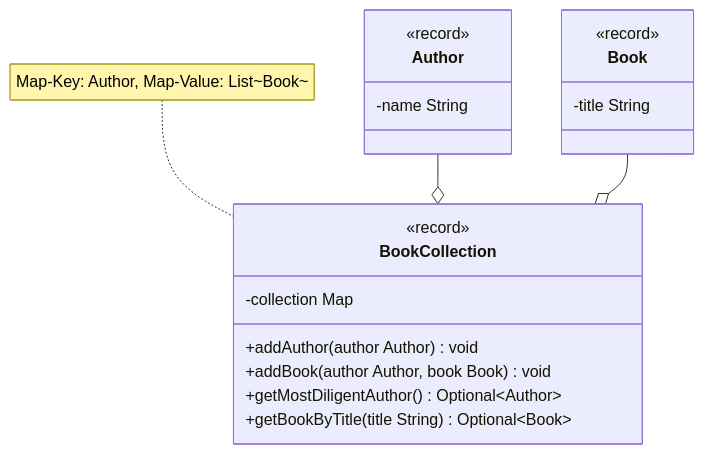
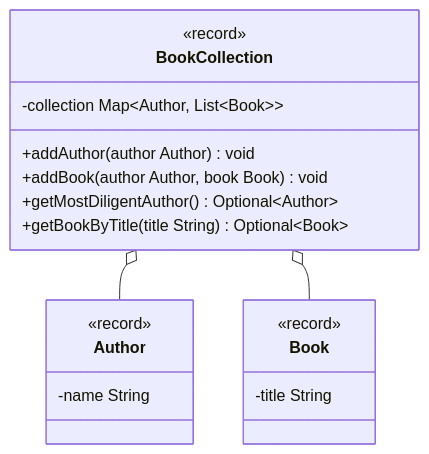
Before and after one commit to jappuccini/java-docs: the diagram in docs/exercises/optionals/optionals01.md, drawn with Mermaid.

````diff
--- a/docs/exercises/optionals/optionals01.md
+++ b/docs/exercises/optionals/optionals01.md
@@ -10,26 +10,24 @@
 ```mermaid
 classDiagram
-    Author --o BookCollection
-    Book --o BookCollection
-
-    note for BookCollection "Map-Key: Author, Map-Value: List~Book~"
+    BookCollection o-- Author
+    BookCollection o-- Book 
 
     class Author {
         <<record>>
         -name String
     }
 
     class Book {
         <<record>>
         -title String
     }
 
     class BookCollection {
         <<record>>
-        -collection Map
+        -collection Map~Author&#44&#160List~Book~~
         +addAuthor(author Author) void
         +addBook(author Author, book Book) void
         +getMostDiligentAuthor() Optional~Author~
         +getBookByTitle(title String) Optional~Book~
     }
 ```
````
